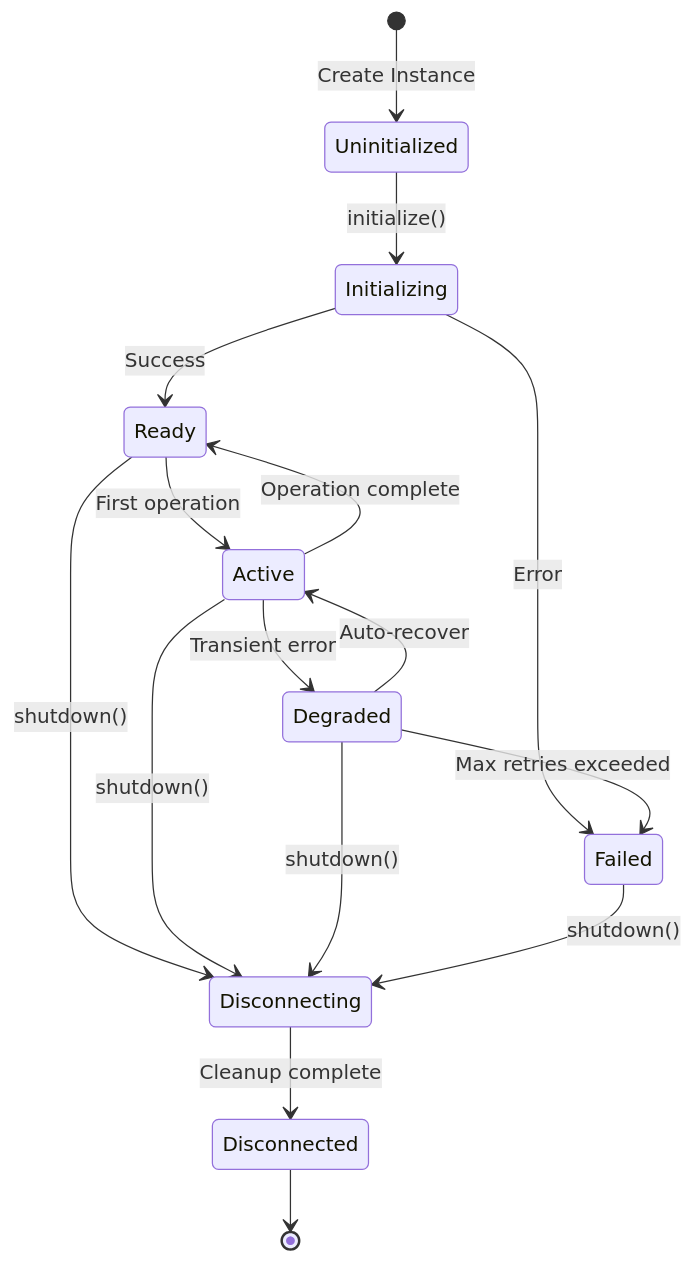
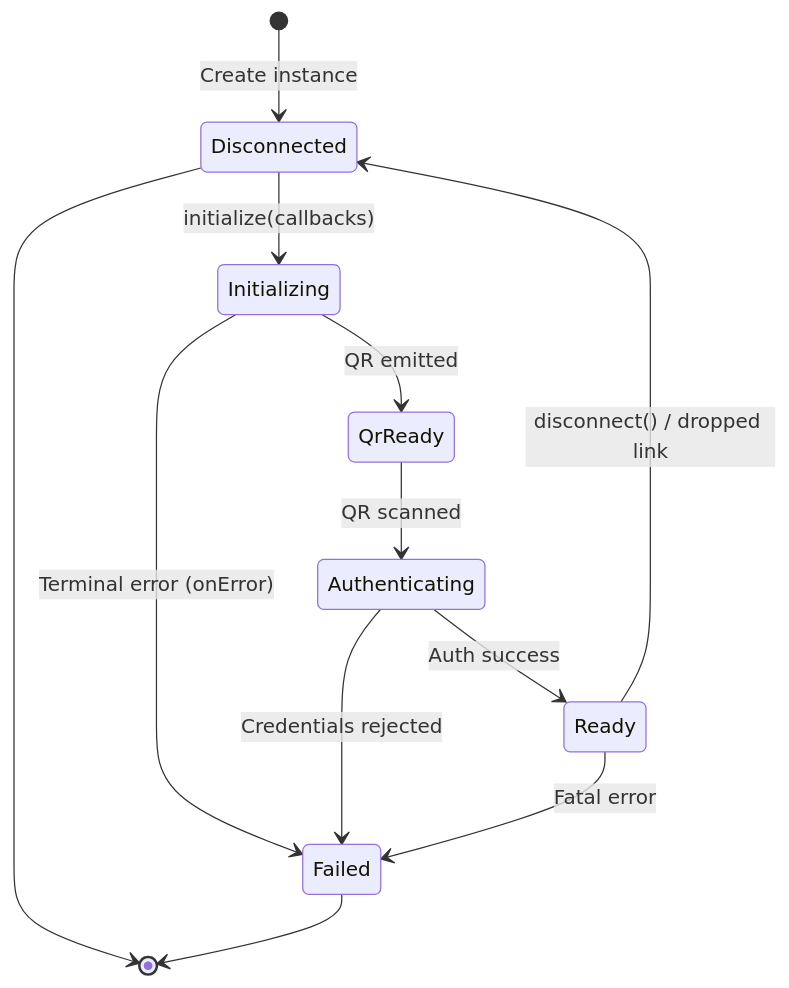
Before and after one commit to Carnaval-Team/VentIQ-seller-App: the fifth of 24 diagrams in ventiq_admin_app/docs_wapi/03-system-architecture.md, drawn with Mermaid. The commit also changed other lines of this file and 39 other files, not shown here.

````diff
--- a/ventiq_admin_app/docs_wapi/03-system-architecture.md
+++ b/ventiq_admin_app/docs_wapi/03-system-architecture.md
@@ -160,23 +199,14 @@
 ```mermaid
 stateDiagram-v2
-    [*] --> Uninitialized: Create Instance
-
-    Uninitialized --> Initializing: initialize()
-    Initializing --> Ready: Success
-    Initializing --> Failed: Error
-
-    Ready --> Active: First operation
-    Active --> Ready: Operation complete
-    Active --> Degraded: Transient error
-    Degraded --> Active: Auto-recover
-    Degraded --> Failed: Max retries exceeded
-
-    Ready --> Disconnecting: shutdown()
-    Active --> Disconnecting: shutdown()
-    Degraded --> Disconnecting: shutdown()
-
-    Disconnecting --> Disconnected: Cleanup complete
-    Failed --> Disconnecting: shutdown()
-
+    [*] --> Disconnected: Create instance
+    Disconnected --> Initializing: initialize(callbacks)
+    Initializing --> QrReady: QR emitted
+    QrReady --> Authenticating: QR scanned
+    Authenticating --> Ready: Auth success
+    Initializing --> Failed: Terminal error (onError)
+    Authenticating --> Failed: Credentials rejected
+    Ready --> Disconnected: disconnect() / dropped link
+    Ready --> Failed: Fatal error
     Disconnected --> [*]
+    Failed --> [*]
 ```
````
